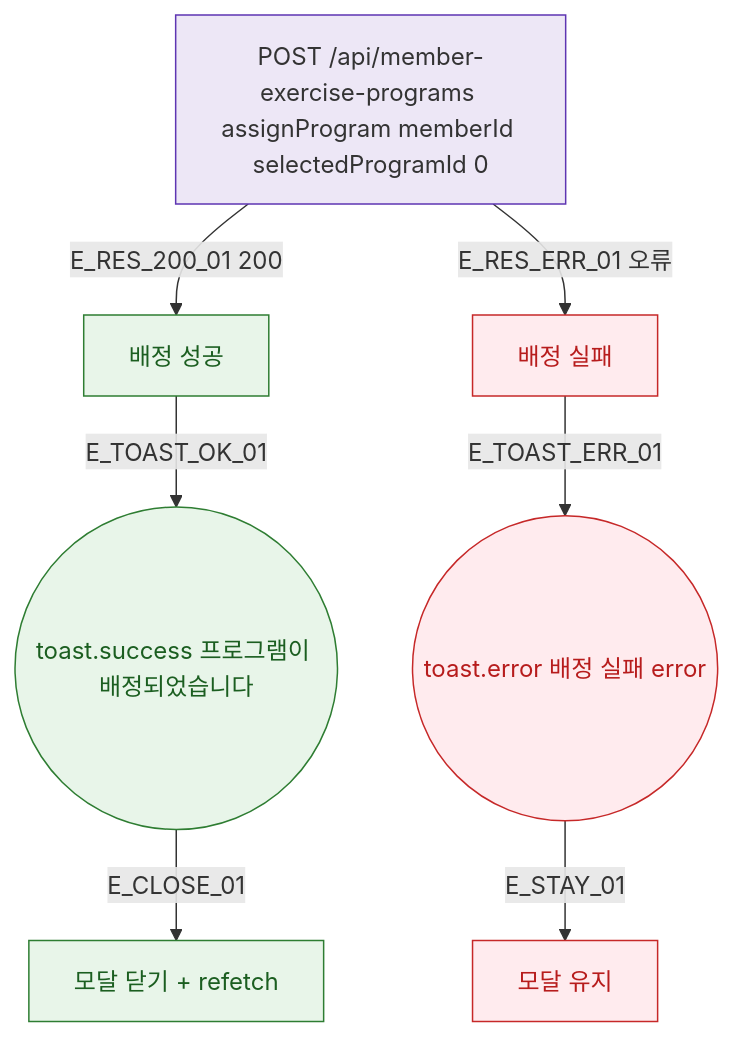
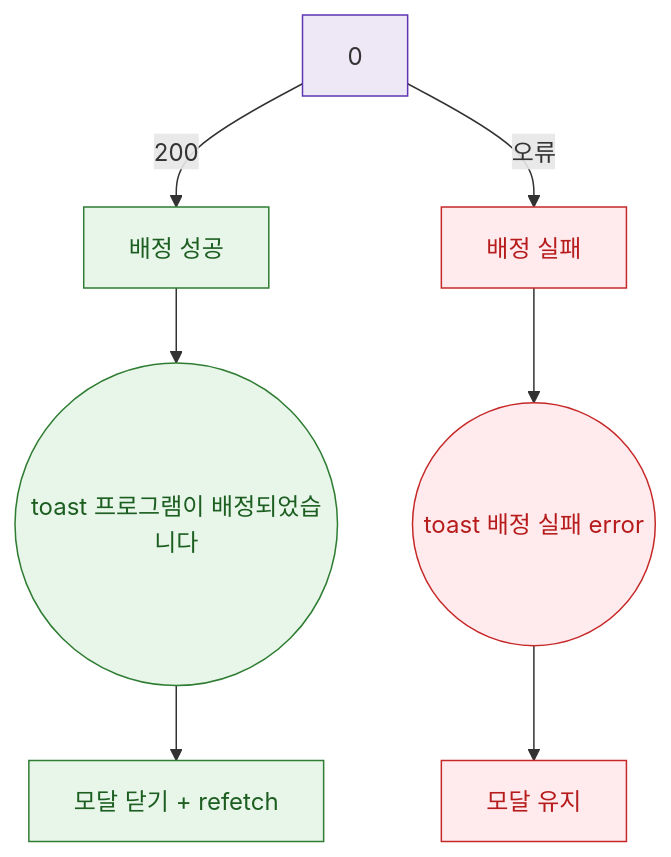
One commit to dev-spogym/admin-pando changed the diagram in docs/다이어그램/D02_회원관리/DLG/DLG-M025_운동프로그램배정/M3_결과분기.md. Above: the diagram before and after it, drawn with Mermaid. The commit also changed other lines of this file and 1660 other files, not shown here.

First line of the commit message:
다이어그램: 기획자/클라이언트 납품본으로 정리

````diff
--- a/docs/다이어그램/D02_회원관리/DLG/DLG-M025_운동프로그램배정/M3_결과분기.md
+++ b/docs/다이어그램/D02_회원관리/DLG/DLG-M025_운동프로그램배정/M3_결과분기.md
@@ -22,21 +20,21 @@
 ```mermaid
 flowchart TD
-  API[POST /api/member-exercise-programs assignProgram memberId selectedProgramId 0]
+  API[0]
 
-  API -->|E_RES_200_01 200| SUCCESS[배정 성공]
-  API -->|E_RES_ERR_01 오류| FAIL[배정 실패]
+  API -->|200|SUCCESS[배정 성공]
+  API -->|오류|FAIL[배정 실패]
 
-  SUCCESS -->|E_TOAST_OK_01| TOAST_OK((toast.success 프로그램이 배정되었습니다))
-  TOAST_OK -->|E_CLOSE_01| POST_OK[모달 닫기 + refetch]
+  SUCCESS --> TOAST_OK((toast 프로그램이 배정되었습니다))
+  TOAST_OK --> POST_OK[모달 닫기 + refetch]
 
-  FAIL -->|E_TOAST_ERR_01| TOAST_ERR((toast.error 배정 실패 error))
-  TOAST_ERR -->|E_STAY_01| MODAL_STAY[모달 유지]
+  FAIL --> TOAST_ERR((toast 배정 실패 error))
+  TOAST_ERR --> MODAL_STAY[모달 유지]
 
   classDef success fill:#E8F5E9,stroke:#2E7D32,color:#1B5E20
-  classDef error   fill:#FFEBEE,stroke:#C62828,color:#B71C1C
-  classDef system  fill:#EDE7F6,stroke:#5E35B2
+  classDef error fill:#FFEBEE,stroke:#C62828,color:#B71C1C
+  classDef system fill:#EDE7F6,stroke:#5E35B2
 
   class SUCCESS,TOAST_OK,POST_OK success
   class FAIL,TOAST_ERR,MODAL_STAY error
   class API system
 ```
````
